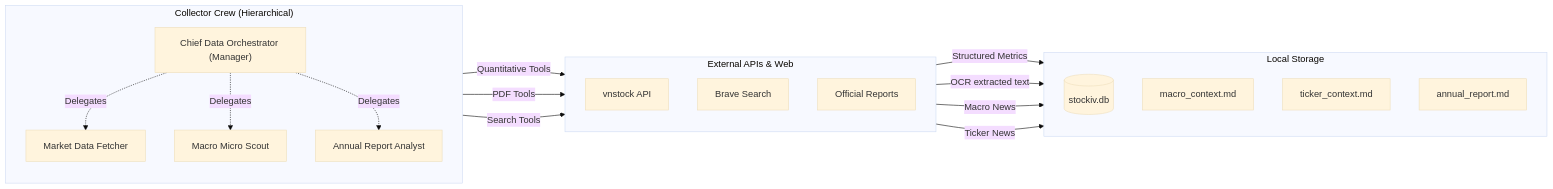
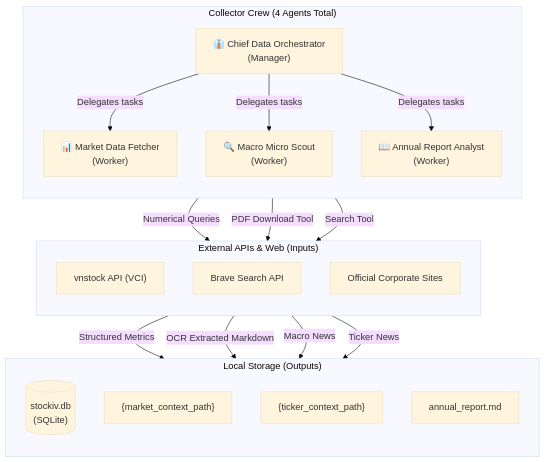
Before and after one commit to tranbinhluat/stockiv-skill: the diagram in src/stockiv/crews/collector/README.md, drawn with Mermaid (base theme). The commit also changed other lines of this file and 22 other files, not shown here.

First line of the commit message:
refactor: externalize paths in annual report task

````diff
--- a/src/stockiv/crews/collector/README.md
+++ b/src/stockiv/crews/collector/README.md
@@ -9,43 +9,43 @@
 ```mermaid
-flowchart LR
+flowchart TD
     %% Grouping Agents
-    subgraph Agents ["Collector Crew (Hierarchical)"]
+    subgraph Agents ["Collector Crew (4 Agents Total)"]
         direction TB
-        MGR["Chief Data Orchestrator (Manager)"]
-        MDF["Market Data Fetcher"]
-        MMS["Macro Micro Scout"]
-        ARA["Annual Report Analyst"]
+        MGR["👔 Chief Data Orchestrator\n(Manager)"]
+        MDF["📊 Market Data Fetcher\n(Worker)"]
+        MMS["🔍 Macro Micro Scout\n(Worker)"]
+        ARA["📖 Annual Report Analyst\n(Worker)"]
 
-        MGR -. "Delegates" .-> MDF
-        MGR -. "Delegates" .-> MMS
-        MGR -. "Delegates" .-> ARA
+        MGR -- "Delegates tasks" --> MDF
+        MGR -- "Delegates tasks" --> MMS
+        MGR -- "Delegates tasks" --> ARA
     end
 
     %% Grouping External Sources
-    subgraph Sources ["External APIs & Web"]
+    subgraph Sources ["External APIs & Web (Inputs)"]
         direction TB
-        VNSTOCK["vnstock API"]
-        WEB["Brave Search"]
-        PDF["Official Reports"]
+        VNSTOCK["vnstock API (VCI)"]
+        WEB["Brave Search API"]
+        PDF["Official Corporate Sites"]
     end
 
     %% Grouping Local Storage
-    subgraph Storage ["Local Storage"]
+    subgraph Storage ["Local Storage (Outputs)"]
         direction TB
-        DB[("stockiv.db")]
-        MD1["macro_context.md"]
-        MD2["ticker_context.md"]
+        DB[("stockiv.db\n(SQLite)")]
+        MD1["{market_context_path}"]
+        MD2["{ticker_context_path}"]
         MD3["annual_report.md"]
     end
 
-    %% Relationships
-    MDF -- "Quantitative Tools" --> VNSTOCK
+    %% Data Relationships
+    MDF -- "Numerical Queries" --> VNSTOCK
     VNSTOCK -- "Structured Metrics" --> DB
 
-    ARA -- "PDF Tools" --> PDF
-    PDF -- "OCR extracted text" --> MD3
+    ARA -- "PDF Download Tool" --> PDF
+    PDF -- "OCR Extracted Markdown" --> MD3
 
-    MMS -- "Search Tools" --> WEB
+    MMS -- "Search Tool" --> WEB
     WEB -- "Macro News" --> MD1
     WEB -- "Ticker News" --> MD2
 ```
````
